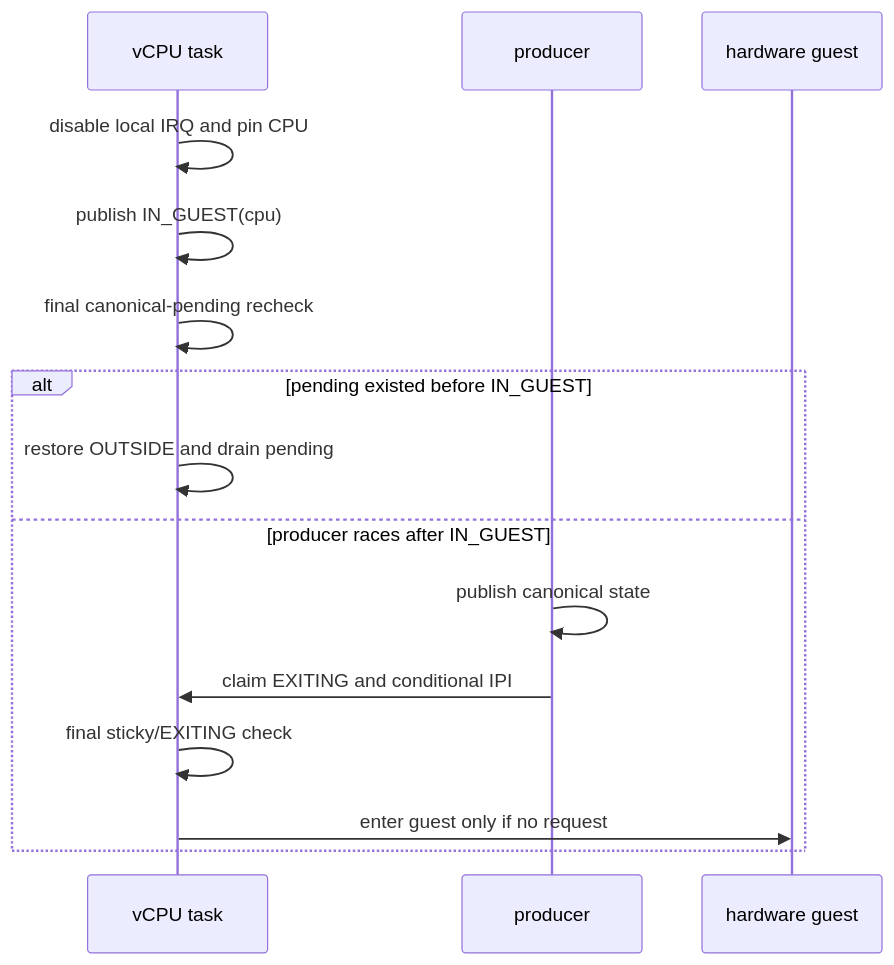
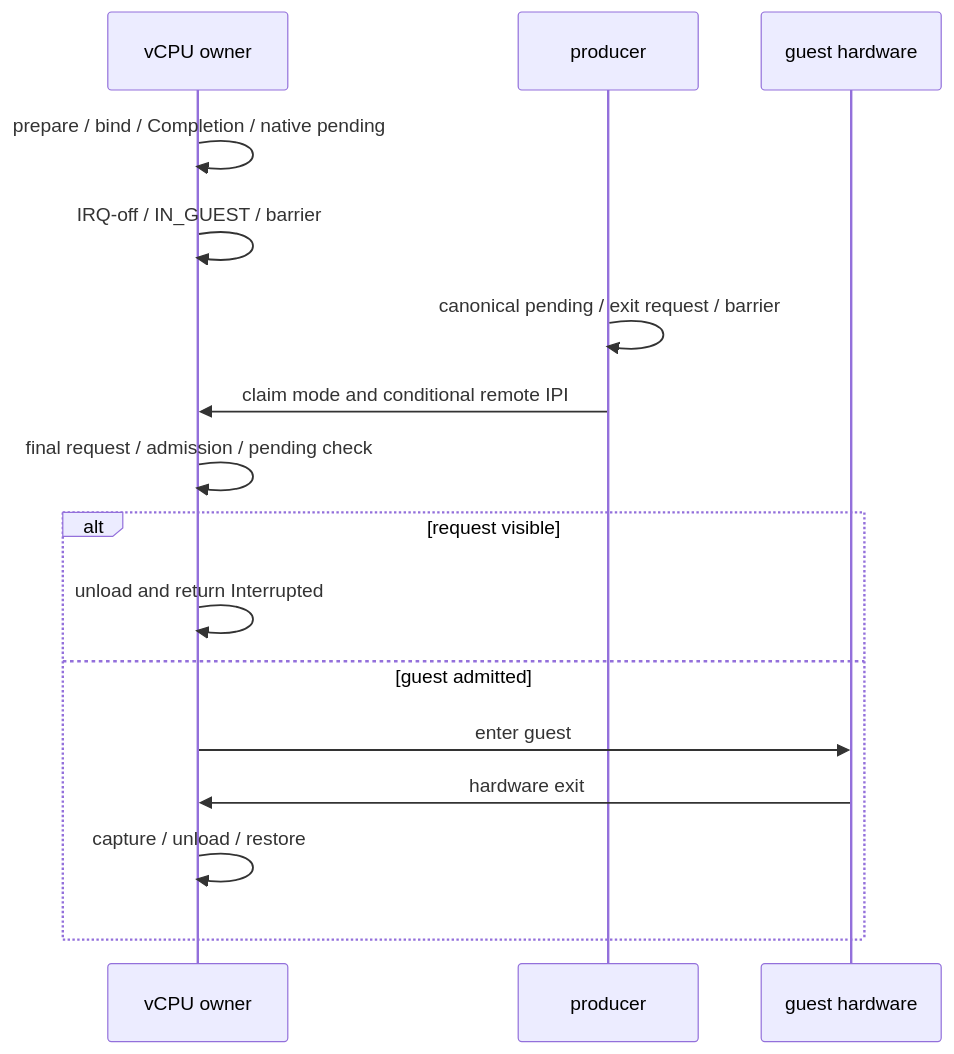
Before and after one commit to rcore-os/tgoskits: the diagram in docs/design/axvm-vcpu-kick.md, drawn with Mermaid. The commit also changed other lines of this file and 198 other files, not shown here.

Commit message:
refactor(axvm): integrate owner protocols and architecture boundaries

````diff
--- a/docs/design/axvm-vcpu-kick.md
+++ b/docs/design/axvm-vcpu-kick.md
@@ -50,17 +37,18 @@
 ```mermaid
 sequenceDiagram
-    participant V as vCPU task
+    participant V as vCPU owner
     participant P as producer
-    participant H as hardware guest
-    V->>V: disable local IRQ and pin CPU
-    V->>V: publish IN_GUEST(cpu)
-    V->>V: final canonical-pending recheck
-    alt pending existed before IN_GUEST
-        V->>V: restore OUTSIDE and drain pending
-    else producer races after IN_GUEST
-        P->>P: publish canonical state
-        P->>V: claim EXITING and conditional IPI
-        V->>V: final sticky/EXITING check
-        V->>H: enter guest only if no request
+    participant H as guest hardware
+    V->>V: prepare / bind / Completion / native pending
+    V->>V: IRQ-off / IN_GUEST / barrier
+    P->>P: canonical pending / exit request / barrier
+    P->>V: claim mode and conditional remote IPI
+    V->>V: final request / admission / pending check
+    alt request visible
+        V->>V: unload and return Interrupted
+    else guest admitted
+        V->>H: enter guest
+        H->>V: hardware exit
+        V->>V: capture / unload / restore
     end
 ```
````
